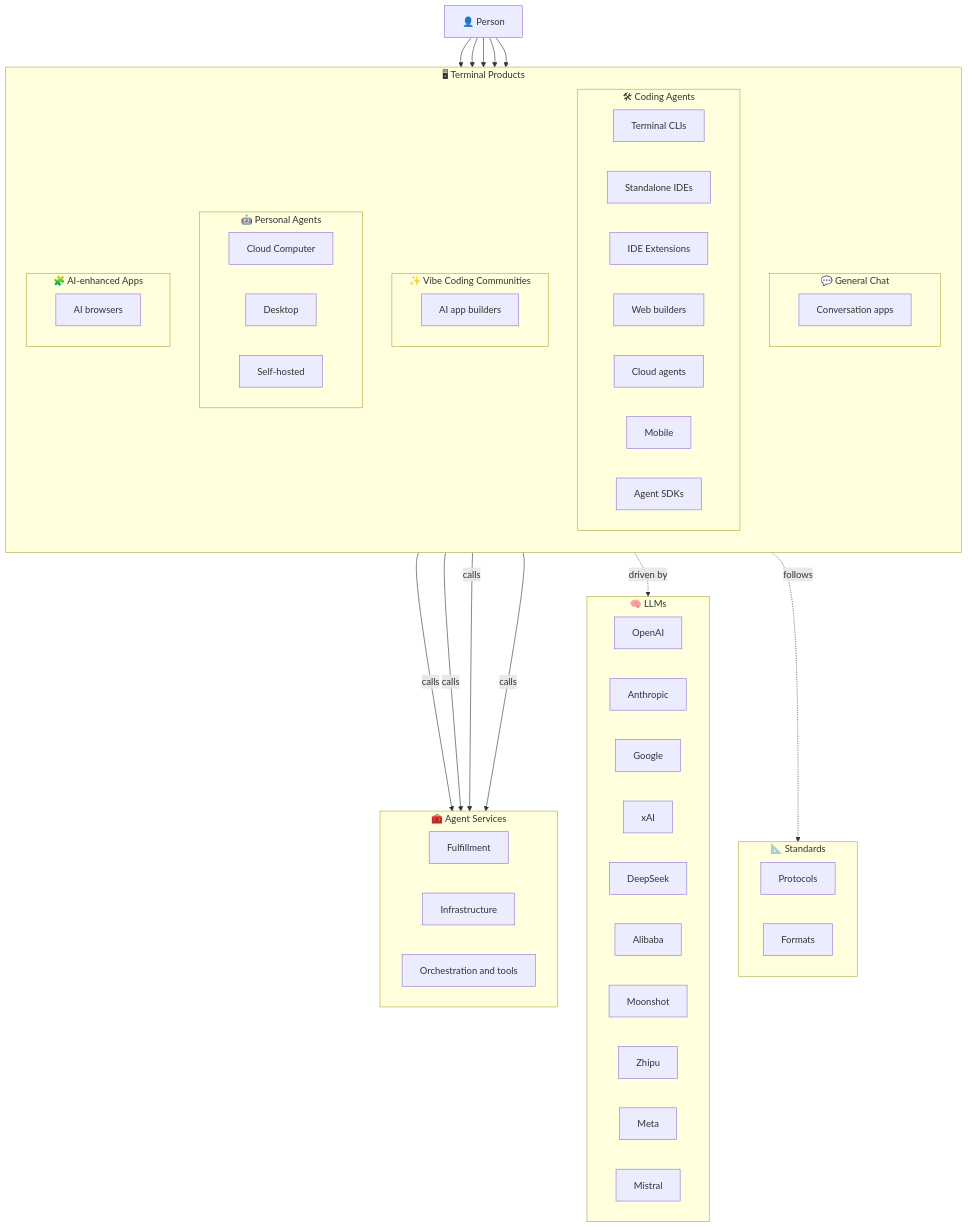
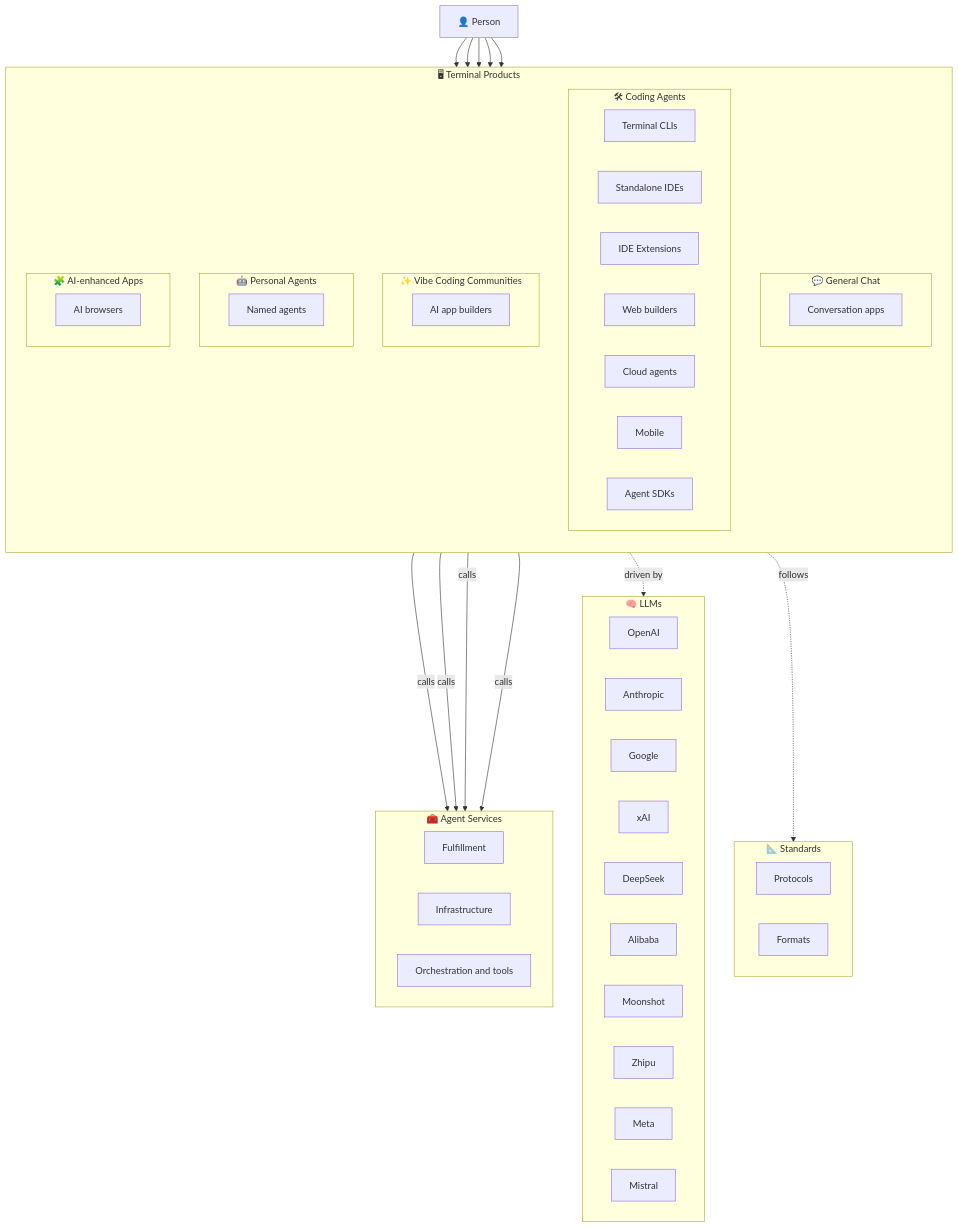
One commit to 0xWelt/Awesome-Vibe-Coding changed the diagram in README.md. Above: the diagram before and after it, drawn with Mermaid. The commit also changed other lines of this file and 98 other files, not shown here.

````diff
--- a/README.md
+++ b/README.md
@@ -32,75 +32,73 @@
 ```mermaid
 flowchart TB
     Person["👤 Person"]
 
     subgraph products["🖥 Terminal Products"]
         direction TB
         subgraph chat["💬 General Chat"]
             direction LR
             GC1["Conversation apps"]
         end
         subgraph coding["🛠 Coding Agents"]
             direction LR
             H1["Terminal CLIs"]
             H2["Standalone IDEs"]
             H3["IDE Extensions"]
             H4["Web builders"]
             H5["Cloud agents"]
             H6["Mobile"]
             H7["Agent SDKs"]
         end
         subgraph community["✨ Vibe Coding Communities"]
             direction LR
             C1["AI app builders"]
         end
         subgraph personal["🤖 Personal Agents"]
             direction LR
-            P1["Cloud Computer"]
-            P2["Desktop"]
-            P3["Self-hosted"]
+            P1["Named agents"]
         end
         subgraph apps["🧩 AI-enhanced Apps"]
             direction LR
             A1["AI browsers"]
         end
     end
 
     subgraph services["🧰 Agent Services"]
         direction LR
         S1["Fulfillment"]
         S2["Infrastructure"]
         S3["Orchestration and tools"]
     end
 
     subgraph llms["🧠 LLMs"]
         direction LR
         L1["OpenAI"]
         L2["Anthropic"]
         L3["Google"]
         L4["xAI"]
         L5["DeepSeek"]
         L6["Alibaba"]
         L7["Moonshot"]
         L8["Zhipu"]
         L9["Meta"]
         L10["Mistral"]
     end
 
     subgraph standards["📐 Standards"]
         direction LR
         ST1["Protocols"]
         ST2["Formats"]
     end
 
     Person --> chat
     Person --> coding
     Person --> community
     Person --> personal
     Person --> apps
     chat -->|calls| services
     coding -->|calls| services
     personal -->|calls| services
     apps -->|calls| services
     coding -.->|driven by| llms
     coding -.->|follows| standards
 ```
````
